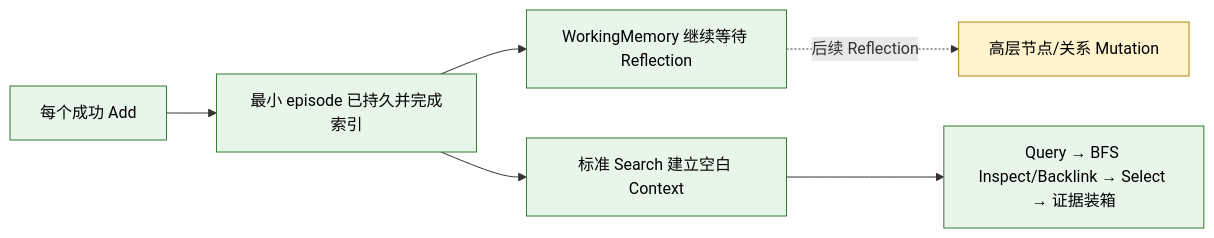
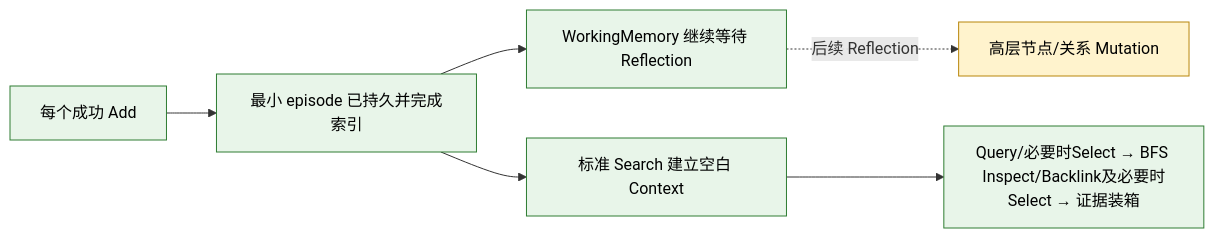
The fourth of 4 diagrams in docs/phase-2/method-improvement-plan.md (Graygoo7529/AM-Link), drawn with Mermaid before and after one commit. The commit also changed other lines of this file and 22 other files, not shown here.

````diff
--- a/docs/phase-2/method-improvement-plan.md
+++ b/docs/phase-2/method-improvement-plan.md
@@ -247,13 +249,13 @@
 ```mermaid
 flowchart LR
   A[每个成功 Add] --> B[最小 episode 已持久并完成索引]
   B --> C[WorkingMemory 继续等待 Reflection]
   B --> D[标准 Search 建立空白 Context]
-  D --> E[Query → BFS Inspect/Backlink → Select → 证据装箱]
+  D --> E[Query/必要时Select → BFS Inspect/Backlink及必要时Select → 证据装箱]
   C -.后续 Reflection.-> F[高层节点/关系 Mutation]
 
   classDef llm fill:#fff3cd,stroke:#b8860b,color:#000
   classDef deterministic fill:#e8f5e9,stroke:#2e7d32,color:#000
   class F llm
   class A,B,C,D,E deterministic
 ```
````
